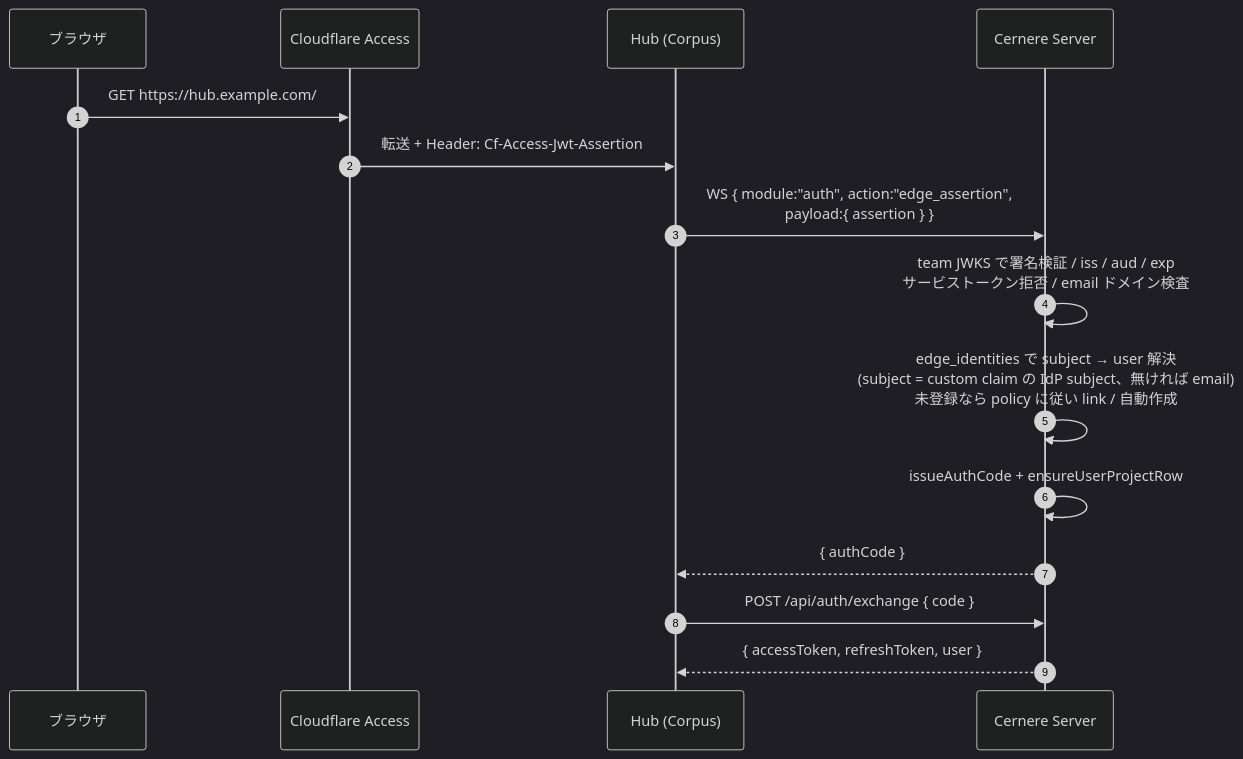
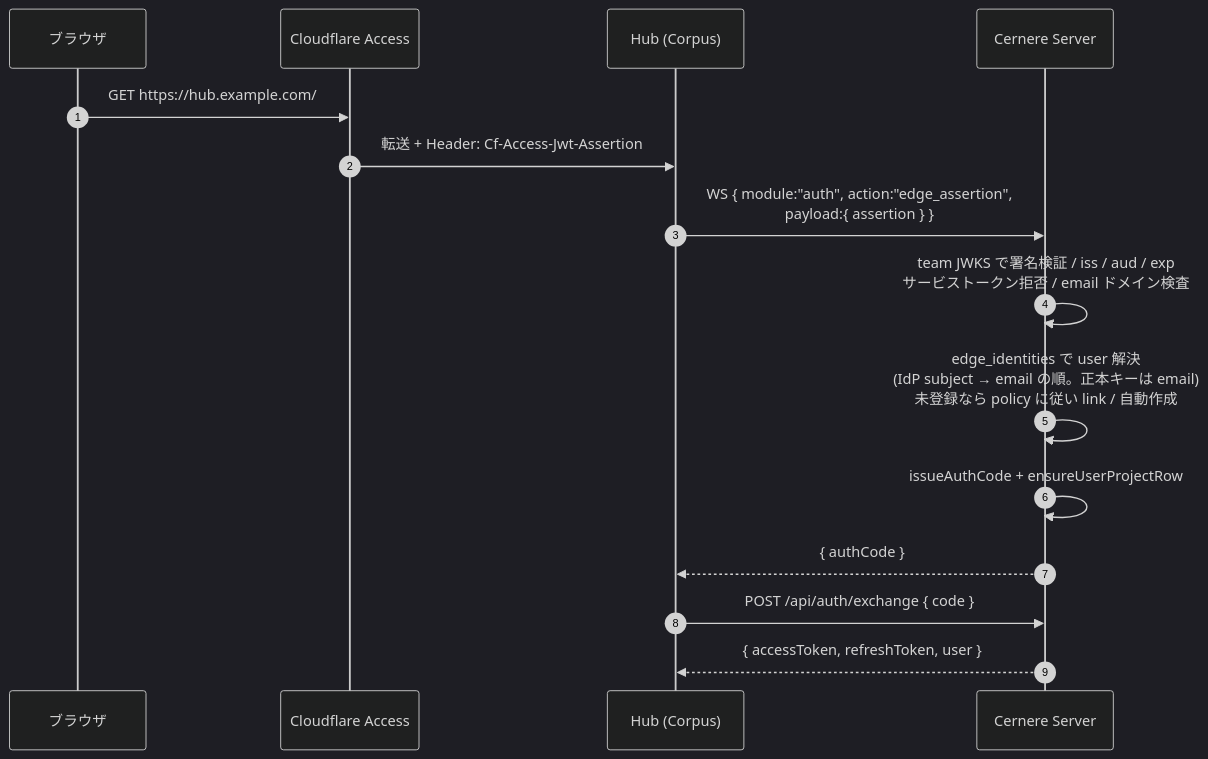
Before and after one commit to LUDIARS/Cernere: the sixth of 9 diagrams in spec/interface/auth-flows.md, drawn with Mermaid (dark theme). The commit also changed other lines of this file and 2 other files, not shown here.

First line of the commit message:
feat(spec): 正本キーを email に変更 + 暫定表示名 + 退職者データ削除

````diff
--- a/spec/interface/auth-flows.md
+++ b/spec/interface/auth-flows.md
@@ -219,18 +219,18 @@
 ```mermaid
 sequenceDiagram
     autonumber
     participant U as ブラウザ
     participant CF as Cloudflare Access
     participant SS as Hub (Corpus)
     participant CS as Cernere Server
 
     U->>CF: GET https://hub.example.com/
     CF->>SS: 転送 + Header: Cf-Access-Jwt-Assertion
     SS->>CS: WS { module:"auth", action:"edge_assertion",<br/>  payload:{ assertion } }
     CS->>CS: team JWKS で署名検証 / iss / aud / exp<br/>サービストークン拒否 / email ドメイン検査
-    CS->>CS: edge_identities で subject → user 解決<br/>(subject = custom claim の IdP subject、無ければ email)<br/>未登録なら policy に従い link / 自動作成
+    CS->>CS: edge_identities で user 解決<br/>(IdP subject → email の順。正本キーは email)<br/>未登録なら policy に従い link / 自動作成
     CS->>CS: issueAuthCode + ensureUserProjectRow
     CS-->>SS: { authCode }
     SS->>CS: POST /api/auth/exchange { code }
     CS-->>SS: { accessToken, refreshToken, user }
 ```
````
